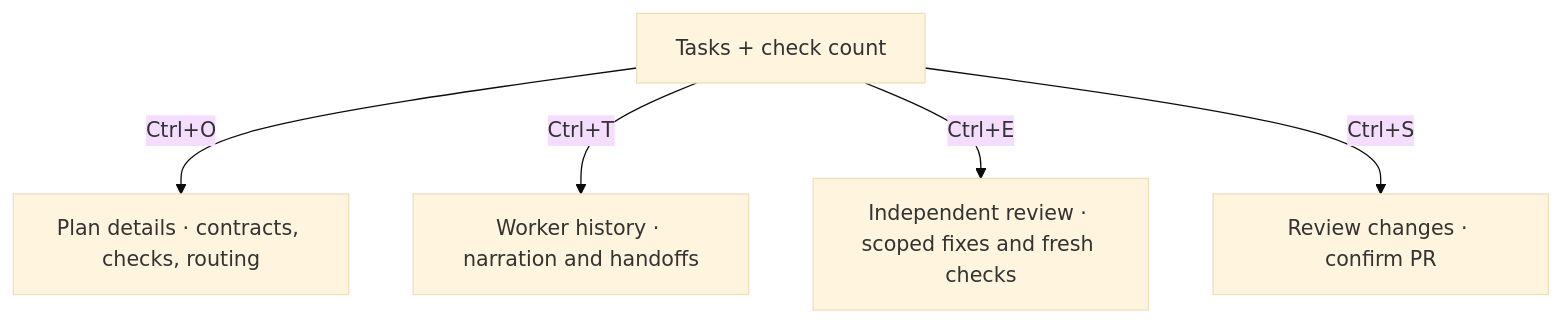
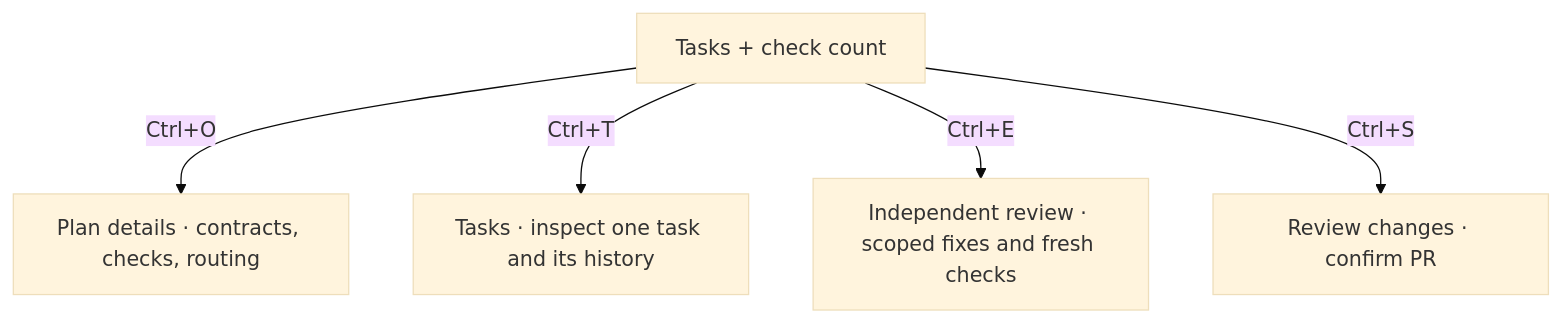
The diagram in docs/terminal.md (minimumeffort-dev/sprowt.harness), drawn with Mermaid (base theme) before and after one commit. The commit also changed other lines of this file and 15 other files, not shown here.

Commit message:
Add task inspection and focused worker history

````diff
--- a/docs/terminal.md
+++ b/docs/terminal.md
@@ -96,7 +112,7 @@
 ```mermaid
 flowchart TB
     result["Tasks + check count"] -->|"Ctrl+O"| details["Plan details · contracts, checks, routing"]
-    result -->|"Ctrl+T"| history["Worker history · narration and handoffs"]
+    result -->|"Ctrl+T"| tasks["Tasks · inspect one task and its history"]
     result -->|"Ctrl+E"| review["Independent review · scoped fixes and fresh checks"]
     result -->|"Ctrl+S"| publish["Review changes · confirm PR"]
 ```
````
